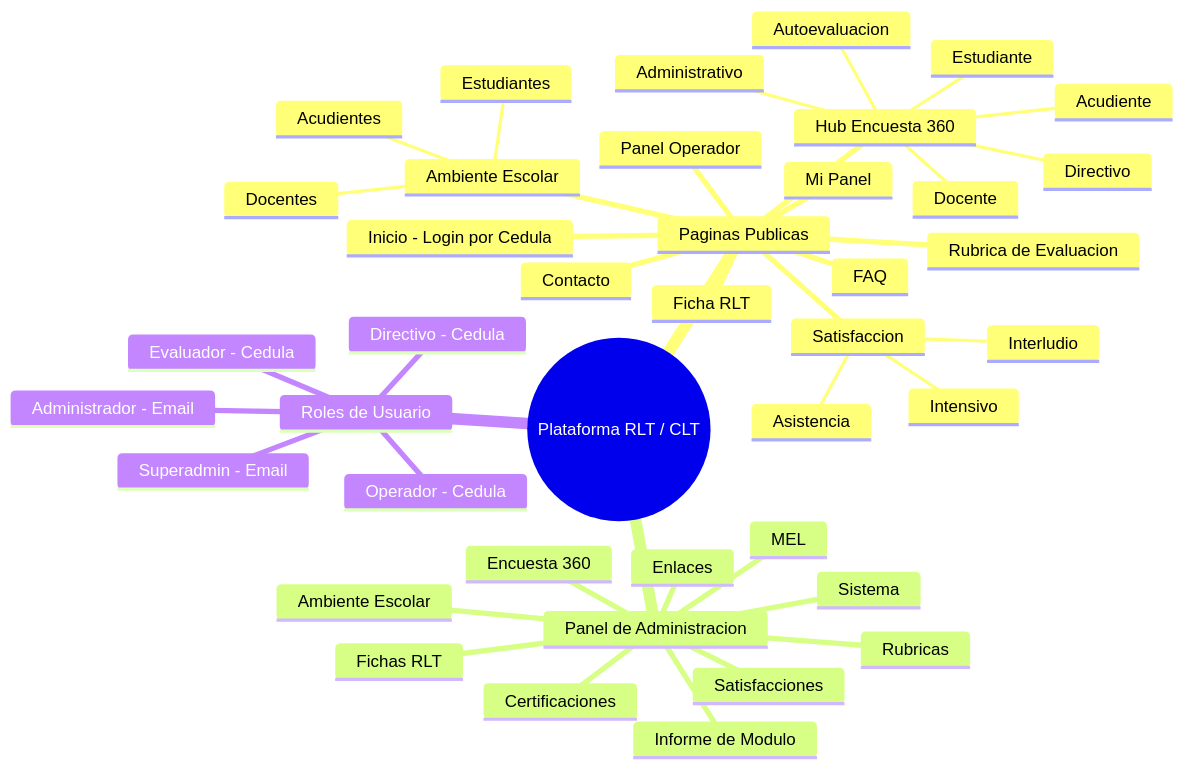
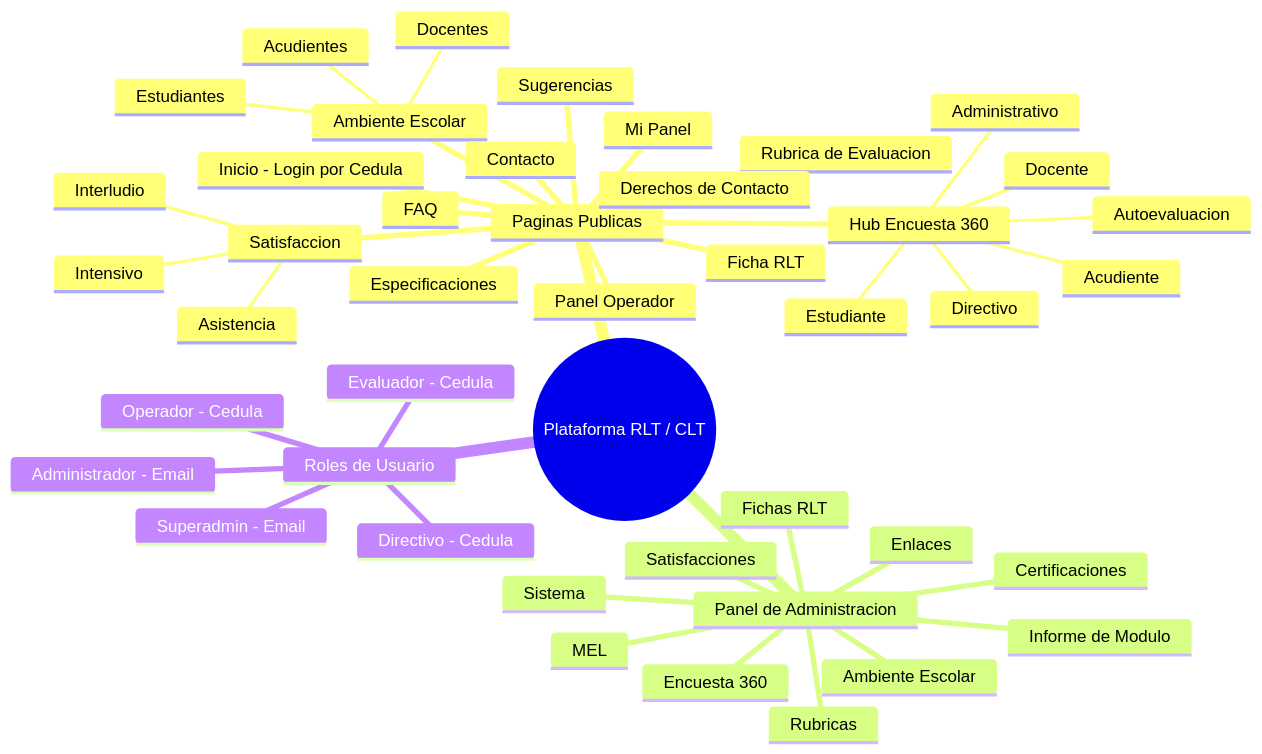
Before and after one commit to ghsimard/liderazgo: the fifth of 14 diagrams in public/SPECIFICATIONS.md, drawn with Mermaid. The commit also changed other lines of this file and 2 other files, not shown here.

````diff
--- a/public/SPECIFICATIONS.md
+++ b/public/SPECIFICATIONS.md
@@ -373,44 +398,47 @@
 ```mermaid
 mindmap
   root((Plataforma RLT / CLT))
     Paginas Publicas
       Inicio - Login por Cedula
       Ficha RLT
       Hub Encuesta 360
         Docente
         Estudiante
         Directivo
         Acudiente
         Administrativo
         Autoevaluacion
       Rubrica de Evaluacion
       Ambiente Escolar
         Acudientes
         Estudiantes
         Docentes
       Satisfaccion
         Asistencia
         Intensivo
         Interludio
       Mi Panel
       Panel Operador
       Contacto
       FAQ
+      Sugerencias
+      Derechos de Contacto
+      Especificaciones
     Panel de Administracion
       Enlaces
       Fichas RLT
       Rubricas
       Encuesta 360
       Informe de Modulo
       Ambiente Escolar
       Satisfacciones
       Certificaciones
       MEL
       Sistema
     Roles de Usuario
       Directivo - Cedula
       Evaluador - Cedula
       Operador - Cedula
       Administrador - Email
       Superadmin - Email
 ```
````
